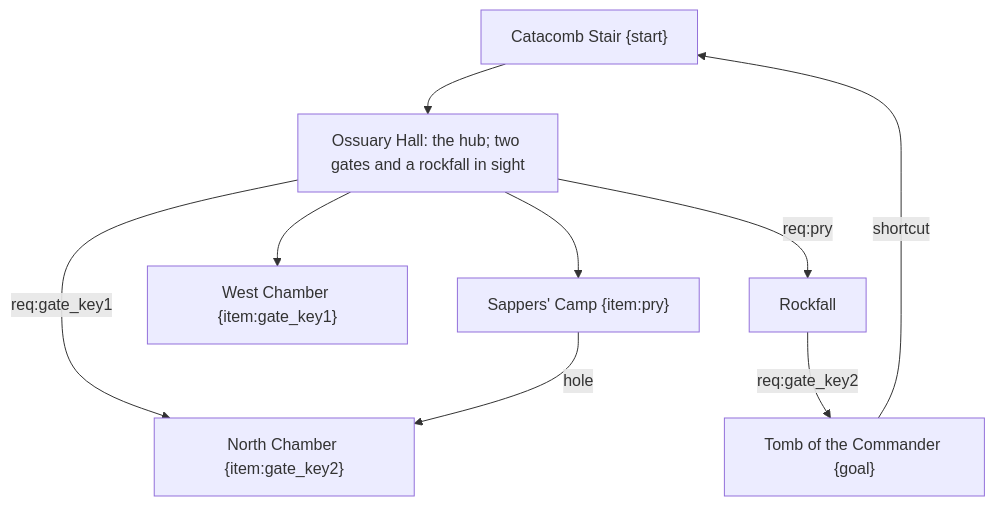
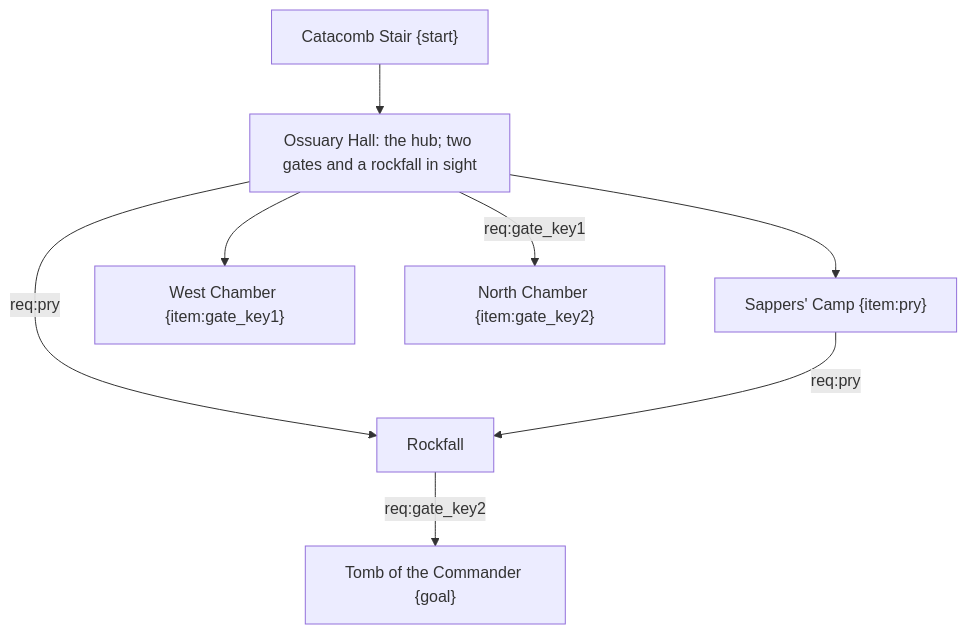
The diagram in ArtSource/plans/dungeons/siege_catacombs.mmd (grimmylock/agora-vai-action), drawn with Mermaid before and after one commit. The commit also changed 21 other files, not shown here.

First line of the commit message:
Dungeon redo: Deep Caverns, Underground Labyrinth, Siege Catacombs

```diff
--- a/ArtSource/plans/dungeons/siege_catacombs.mmd
+++ b/ArtSource/plans/dungeons/siege_catacombs.mmd
@@ -1,12 +1,11 @@
-%% Siege Catacombs. Theme: war crypt. Locks: GATE x2 (two iron keys, one per chamber), ROCKFALL (pry bar from the sappers' camp). Loops: the sappers' tunnel camp<->ossuary hall, the tomb stair back.
+%% Siege Catacombs. Theme: war crypt. Locks (2026-11-11): GATE (the sexton's key, west chamber) to the north chamber, where the burial roll gives the CODE of the crypt's sealed slab (gate_key2 below); ROCKFALL (pry bar from the sappers' camp). Loop: the sappers' tunnel camp<->bone gallery, behind a fall the same bar lifts.
 %% start: St
 %% goal: T
 flowchart TD
   St["Catacomb Stair {start}"] --> Hl["Ossuary Hall: the hub; two gates and a rockfall in sight"]
   Hl --> Sc["Sappers' Camp {item:pry}"]
   Hl --> Ch1["West Chamber {item:gate_key1}"]
   Hl -->|req:gate_key1| Ch2["North Chamber {item:gate_key2}"]
   Hl -->|req:pry| Rf["Rockfall"]
   Rf -->|req:gate_key2| T["Tomb of the Commander {goal}"]
-  Sc -->|hole| Ch2
-  T -->|shortcut| St
+  Sc -->|req:pry| Rf
```
